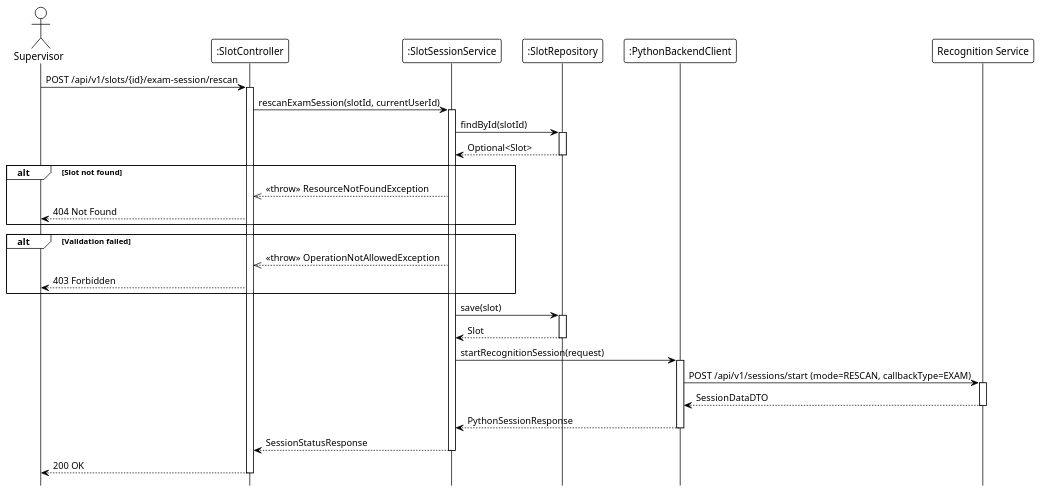
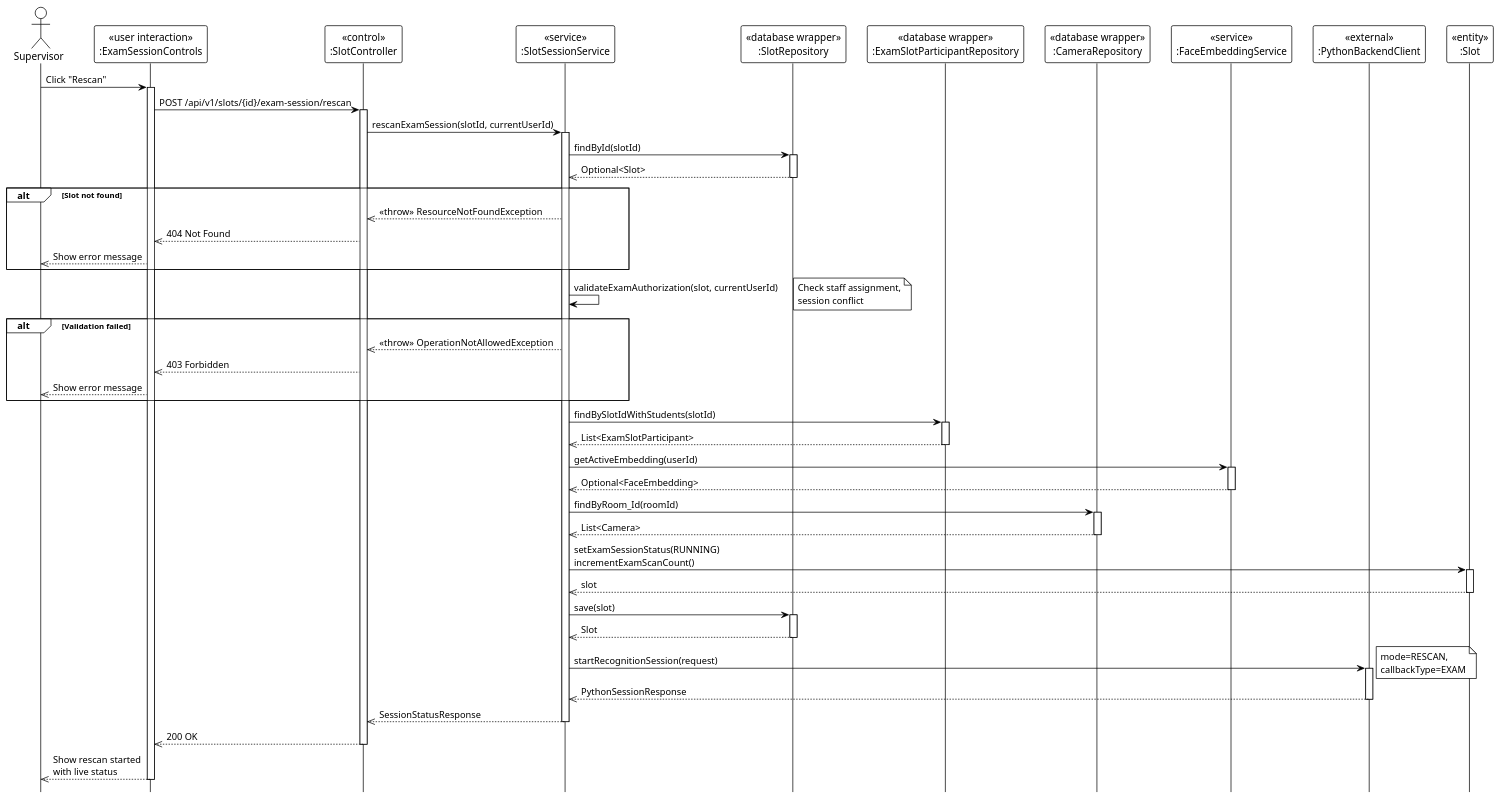
Before and after one commit to Ndh474/context: the diagram in system_detailed_design/83_rescan_candidate_for_exam/sequence_diagram_rescan_candidate_for_exam.puml, drawn with PlantUML. The commit also changed 13 other files, not shown here.

Commit message:
docs(system_detailed_design): add UML stereotypes to view and scanning sequence diagrams

```diff
--- a/system_detailed_design/83_rescan_candidate_for_exam/sequence_diagram_rescan_candidate_for_exam.puml
+++ b/system_detailed_design/83_rescan_candidate_for_exam/sequence_diagram_rescan_candidate_for_exam.puml
@@ -1,65 +1,93 @@
 @startuml rescan_candidate_for_exam
 !theme plain
 hide footbox
 
-actor Supervisor
-participant ":SlotController" as Controller
-participant ":SlotSessionService" as Service
-participant ":SlotRepository" as SlotRepo
-participant ":PythonBackendClient" as PythonClient
-participant "Recognition Service" as RecognitionService
+actor "Supervisor" as Supervisor
 
-' --- MAIN FLOW ---
-Supervisor -> Controller: POST /api/v1/slots/{id}/exam-session/rescan
+participant "«user interaction»\n:ExamSessionControls" as UI
+participant "«control»\n:SlotController" as Controller
+participant "«service»\n:SlotSessionService" as Service
+participant "«database wrapper»\n:SlotRepository" as SlotRepo
+participant "«database wrapper»\n:ExamSlotParticipantRepository" as ParticipantRepo
+participant "«database wrapper»\n:CameraRepository" as CameraRepo
+participant "«service»\n:FaceEmbeddingService" as EmbeddingService
+participant "«external»\n:PythonBackendClient" as PythonClient
+participant "«entity»\n:Slot" as Entity
+
+' === MAIN FLOW ===
+Supervisor -> UI: Click "Rescan"
+activate UI
+
+UI -> Controller: POST /api/v1/slots/{id}/exam-session/rescan
 activate Controller
 
 Controller -> Service: rescanExamSession(slotId, currentUserId)
 activate Service
 
+' === FIND SLOT ===
 Service -> SlotRepo: findById(slotId)
 activate SlotRepo
-
-SlotRepo --> Service: Optional<Slot>
+SlotRepo -->> Service: Optional<Slot>
 deactivate SlotRepo
 
 alt Slot not found
     Service -->> Controller: <<throw>> ResourceNotFoundException
-    Controller --> Supervisor: 404 Not Found
+    Controller -->> UI: 404 Not Found
+    UI -->> Supervisor: Show error message
 end
 
-' Validation logic (internal: authorization, session conflict check)
+' === VALIDATION ===
+Service -> Service: validateExamAuthorization(slot, currentUserId)
+note right: Check staff assignment,\nsession conflict
 
 alt Validation failed
     Service -->> Controller: <<throw>> OperationNotAllowedException
-    Controller --> Supervisor: 403 Forbidden
+    Controller -->> UI: 403 Forbidden
+    UI -->> Supervisor: Show error message
 end
 
-' Get exam participants with embeddings and cameras (internal)
+' === GET EXAM PARTICIPANTS WITH EMBEDDINGS ===
+Service -> ParticipantRepo: findBySlotIdWithStudents(slotId)
+activate ParticipantRepo
+ParticipantRepo -->> Service: List<ExamSlotParticipant>
+deactivate ParticipantRepo
 
-' Update slot status and increment exam scan count
+Service -> EmbeddingService: getActiveEmbedding(userId)
+activate EmbeddingService
+EmbeddingService -->> Service: Optional<FaceEmbedding>
+deactivate EmbeddingService
+
+' === GET CAMERAS ===
+Service -> CameraRepo: findByRoom_Id(roomId)
+activate CameraRepo
+CameraRepo -->> Service: List<Camera>
+deactivate CameraRepo
+
+' === UPDATE SLOT STATUS ===
+Service -> Entity: setExamSessionStatus(RUNNING)\nincrementExamScanCount()
+activate Entity
+Entity -->> Service: slot
+deactivate Entity
+
 Service -> SlotRepo: save(slot)
 activate SlotRepo
-
-SlotRepo --> Service: Slot
+SlotRepo -->> Service: Slot
 deactivate SlotRepo
 
-' Call Python recognition service with RESCAN mode and callbackType=EXAM
+' === CALL PYTHON SERVICE ===
 Service -> PythonClient: startRecognitionSession(request)
 activate PythonClient
-
-PythonClient -> RecognitionService: POST /api/v1/sessions/start (mode=RESCAN, callbackType=EXAM)
-activate RecognitionService
-
-RecognitionService --> PythonClient: SessionDataDTO
-deactivate RecognitionService
-
-PythonClient --> Service: PythonSessionResponse
+note right: mode=RESCAN,\ncallbackType=EXAM
+PythonClient -->> Service: PythonSessionResponse
 deactivate PythonClient
 
-Service --> Controller: SessionStatusResponse
+Service -->> Controller: SessionStatusResponse
 deactivate Service
 
-Controller --> Supervisor: 200 OK
+Controller -->> UI: 200 OK
 deactivate Controller
 
+UI -->> Supervisor: Show rescan started\nwith live status
+deactivate UI
+
 @enduml
```
